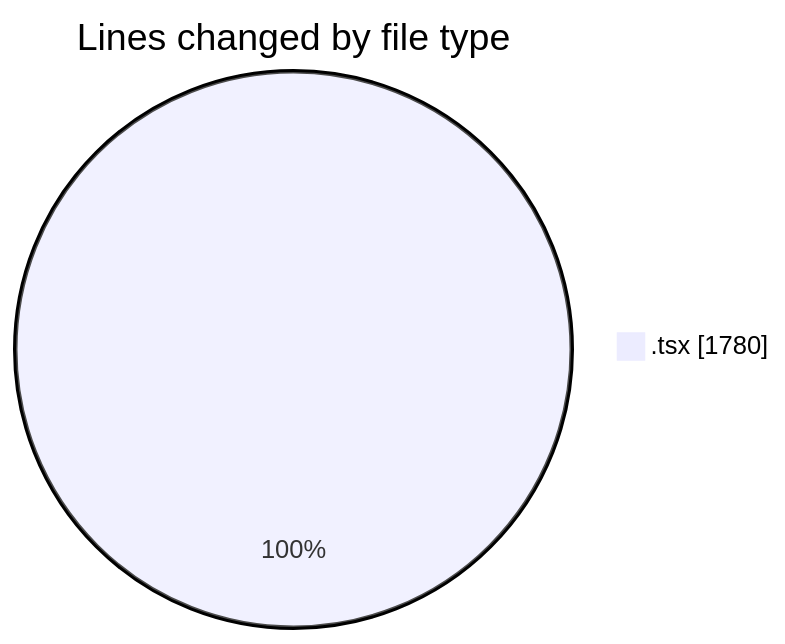
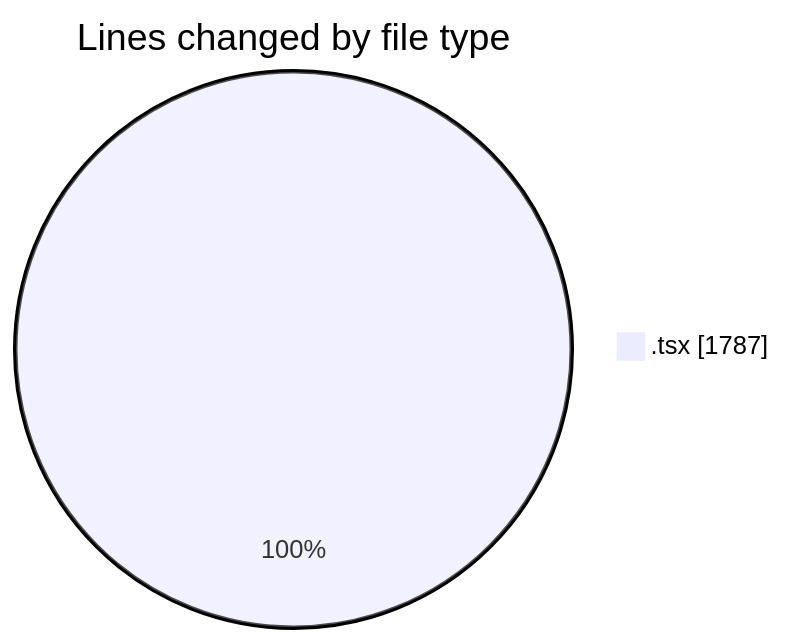
One commit to momahboobian/code-tracking changed the first of 2 diagrams in 2025-10-03/cda/README.md. Above: the diagram before and after it, drawn with Mermaid. The commit also changed other lines of this file and 1 other file, not shown here.

````diff
--- a/2025-10-03/cda/README.md
+++ b/2025-10-03/cda/README.md
@@ -23,5 +23,5 @@
 ```mermaid
 pie showData
 title Lines changed by file type
-".tsx" : 1780
+".tsx" : 1787
 ```
````
